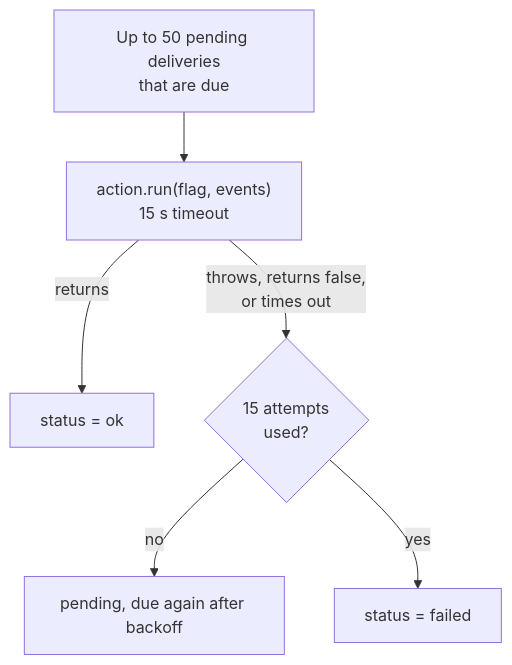
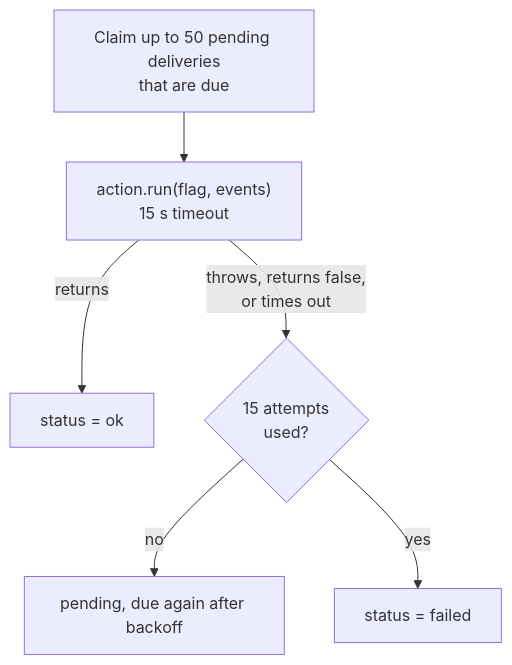
Before and after one commit to aosresearch/cloudfriend: the diagram in docs/architecture/delivery.md, drawn with Mermaid. The commit also changed other lines of this file and 6 other files, not shown here.

````diff
--- a/docs/architecture/delivery.md
+++ b/docs/architecture/delivery.md
@@ -29,8 +29,8 @@
 ```mermaid
 flowchart TD
-  due["Up to 50 pending deliveries<br/>that are due"] --> run["action.run(flag, events)<br/>15 s timeout"]
+  due["Claim up to 50 pending deliveries<br/>that are due"] --> run["action.run(flag, events)<br/>15 s timeout"]
   run -->|returns| ok["status = ok"]
   run -->|"throws, returns false,<br/>or times out"| retry{"15 attempts<br/>used?"}
   retry -->|no| later["pending, due again after backoff"]
   retry -->|yes| failed["status = failed"]
 ```
````
